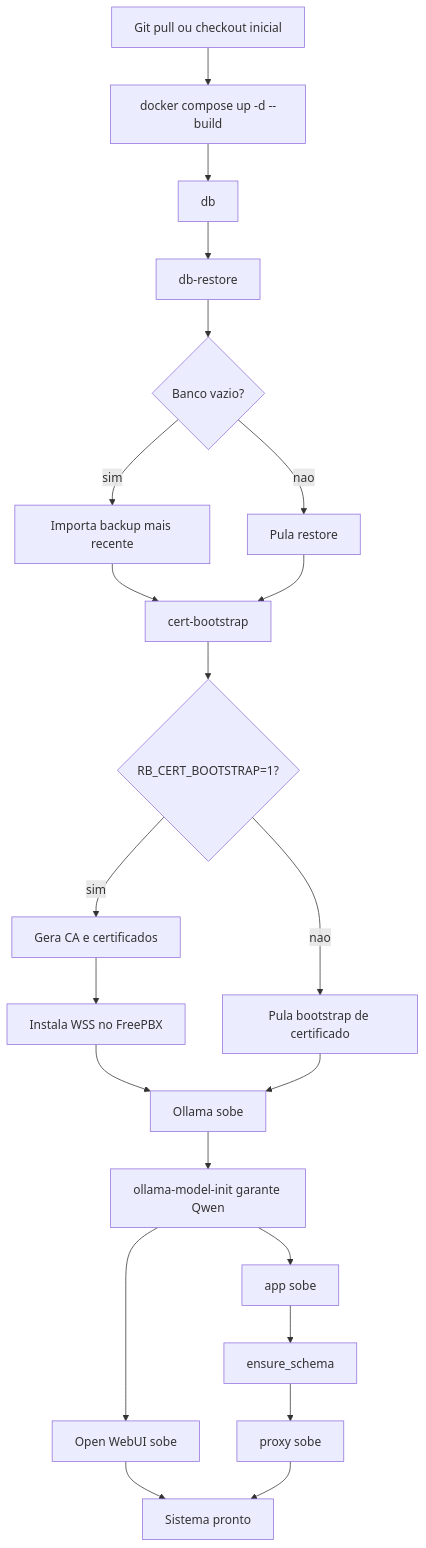
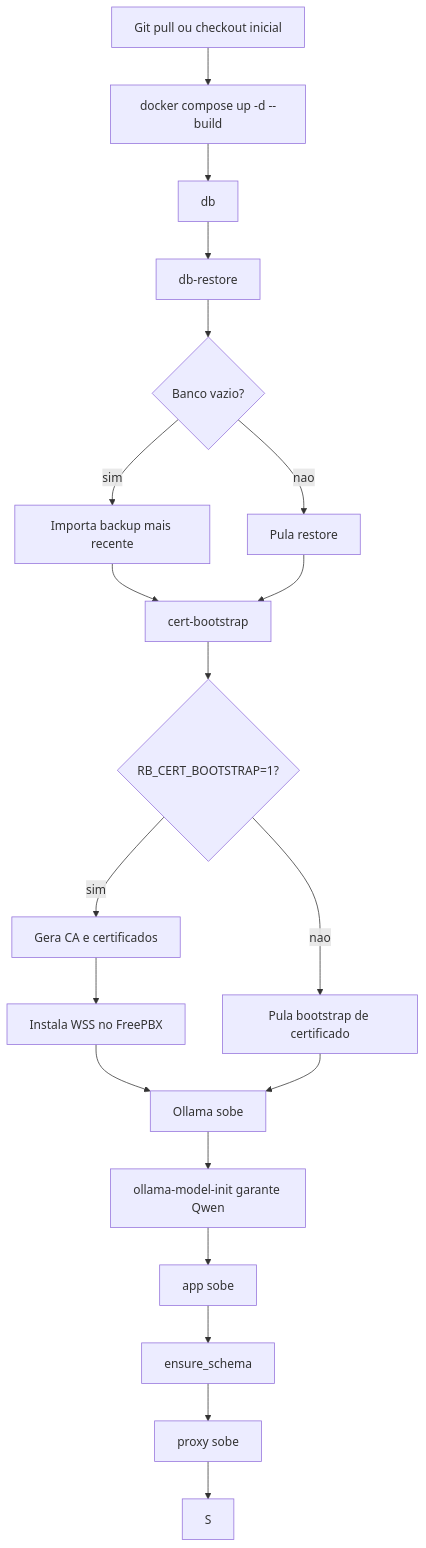
Before and after one commit to renansc/NanotechSoft: the second of 26 diagrams in apps/riob/source/docs/DIAGRAMAS_E_PROCESSOS.md, drawn with Mermaid. The commit also changed other lines of this file and 25 other files, not shown here.

````diff
--- a/apps/riob/source/docs/DIAGRAMAS_E_PROCESSOS.md
+++ b/apps/riob/source/docs/DIAGRAMAS_E_PROCESSOS.md
@@ -33,24 +33,22 @@
 ```mermaid
 flowchart TD
     A[Git pull ou checkout inicial] --> B[docker compose up -d --build]
     B --> C[db]
     C --> D[db-restore]
     D --> E{Banco vazio?}
     E -->|sim| F[Importa backup mais recente]
     E -->|nao| G[Pula restore]
     F --> H[cert-bootstrap]
     G --> H
     H --> I{RB_CERT_BOOTSTRAP=1?}
     I -->|sim| J[Gera CA e certificados]
     I -->|nao| K[Pula bootstrap de certificado]
     J --> L[Instala WSS no FreePBX]
     L --> M[Ollama sobe]
     K --> M
     M --> N[ollama-model-init garante Qwen]
-    N --> O[Open WebUI sobe]
     N --> P[app sobe]
     P --> Q[ensure_schema]
     Q --> R[proxy sobe]
-    O --> S[Sistema pronto]
     R --> S
 ```
````
